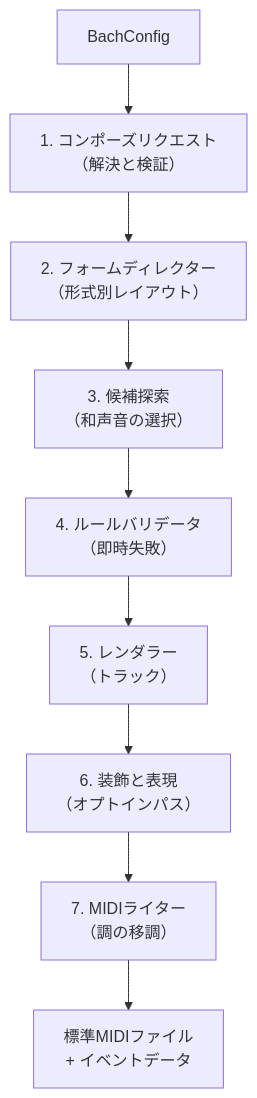
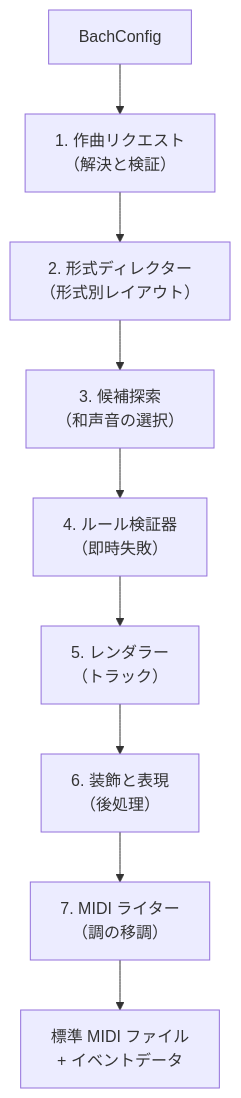
The first of 2 diagrams in src/ja/docs/generation-pipeline.md (libraz/midi-sketch-bach-homepage), drawn with Mermaid before and after one commit. The commit also changed other lines of this file and 90 other files, not shown here.

````diff
--- a/src/ja/docs/generation-pipeline.md
+++ b/src/ja/docs/generation-pipeline.md
@@ -10,11 +14,11 @@
 ```mermaid
 graph TD
-    A["BachConfig"] --> B["1. コンポーズリクエスト<br>（解決と検証）"]
-    B --> C["2. フォームディレクター<br>（形式別レイアウト）"]
+    A["BachConfig"] --> B["1. 作曲リクエスト<br>（解決と検証）"]
+    B --> C["2. 形式ディレクター<br>（形式別レイアウト）"]
     C --> D["3. 候補探索<br>（和声音の選択）"]
-    D --> E["4. ルールバリデータ<br>（即時失敗）"]
+    D --> E["4. ルール検証器<br>（即時失敗）"]
     E --> F["5. レンダラー<br>（トラック）"]
-    F --> G["6. 装飾と表現<br>（オプトインパス）"]
-    G --> H["7. MIDIライター<br>（調の移調）"]
-    H --> I["標準MIDIファイル<br>+ イベントデータ"]
+    F --> G["6. 装飾と表現<br>（後処理）"]
+    G --> H["7. MIDI ライター<br>（調の移調）"]
+    H --> I["標準 MIDI ファイル<br>+ イベントデータ"]
 ```
````
